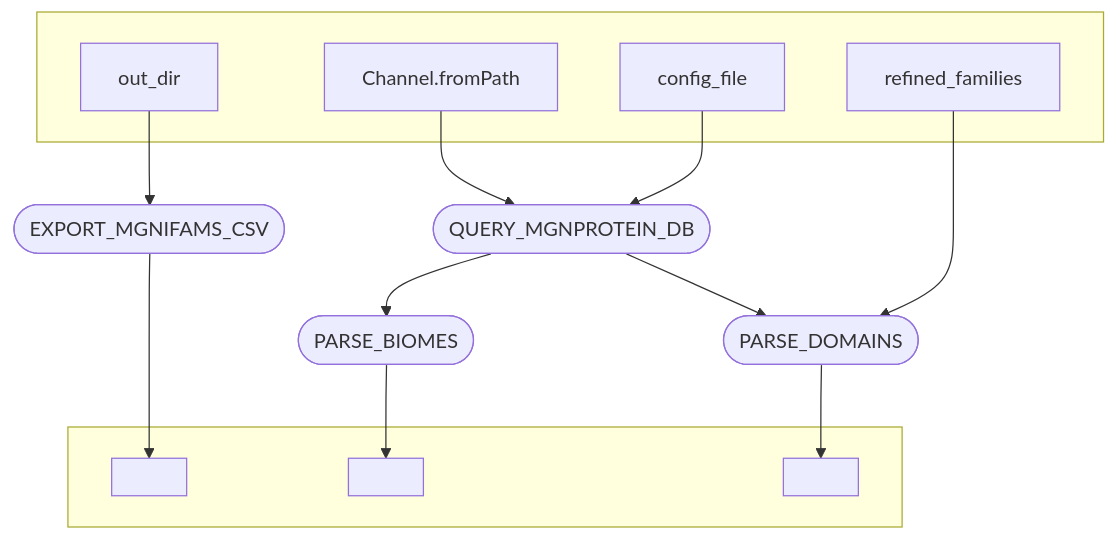
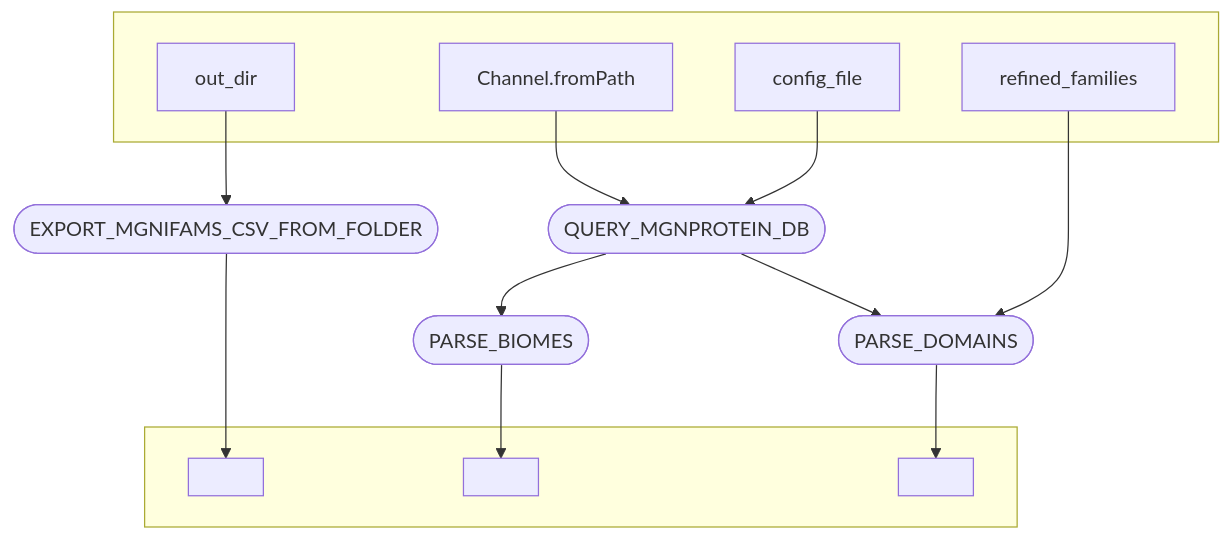
The diagram in images/export_data.mmd (EBI-Metagenomics/mgnifams), drawn with Mermaid before and after one commit. The commit also changed 9 other files, not shown here.

Commit message:
flowcharts and images updated

```diff
--- a/images/export_data.mmd
+++ b/images/export_data.mmd
@@ -1,25 +1,25 @@
 flowchart TB
     subgraph " "
     v0["Channel.fromPath"]
     v1["out_dir"]
     v4["config_file"]
     v8["refined_families"]
     end
-    v2([EXPORT_MGNIFAMS_CSV])
+    v2([EXPORT_MGNIFAMS_CSV_FROM_FOLDER])
     subgraph " "
     v3[" "]
     v7[" "]
     v10[" "]
     end
     v5([QUERY_MGNPROTEIN_DB])
     v6([PARSE_BIOMES])
     v9([PARSE_DOMAINS])
     v0 --> v5
     v1 --> v2
     v2 --> v3
     v4 --> v5
     v5 --> v6
     v5 --> v9
     v6 --> v7
     v8 --> v9
     v9 --> v10
```
